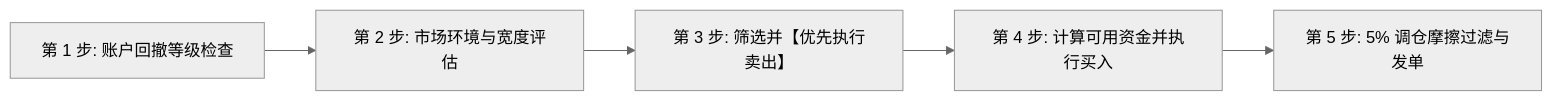
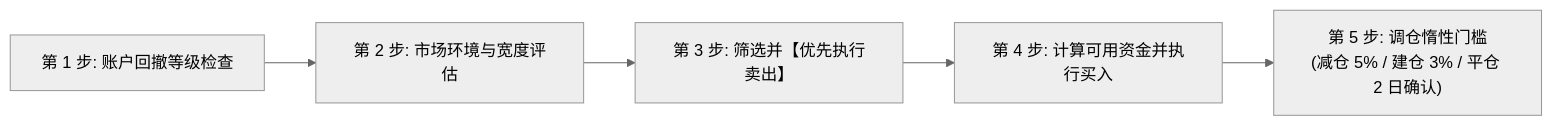
The second of 2 diagrams in docs/ruleset/chan_risk_managed_blend/rules_cn.md (stonewell/quant_research), drawn with Mermaid (neutral theme) before and after one commit. The commit also changed other lines of this file and 11 other files, not shown here.

````diff
--- a/docs/ruleset/chan_risk_managed_blend/rules_cn.md
+++ b/docs/ruleset/chan_risk_managed_blend/rules_cn.md
@@ -35,7 +35,7 @@
 ```mermaid
 flowchart LR
     T1["第 1 步: 账户回撤等级检查"] --> T2["第 2 步: 市场环境与宽度评估"]
     T2 --> T3["第 3 步: 筛选并【优先执行卖出】"]
     T3 --> T4["第 4 步: 计算可用资金并执行买入"]
-    T4 --> T5["第 5 步: 5% 调仓摩擦过滤与发单"]
+    T4 --> T5["第 5 步: 调仓惰性门槛\n(减仓 5% / 建仓 3% / 平仓 2 日确认)"]
 ```
````
